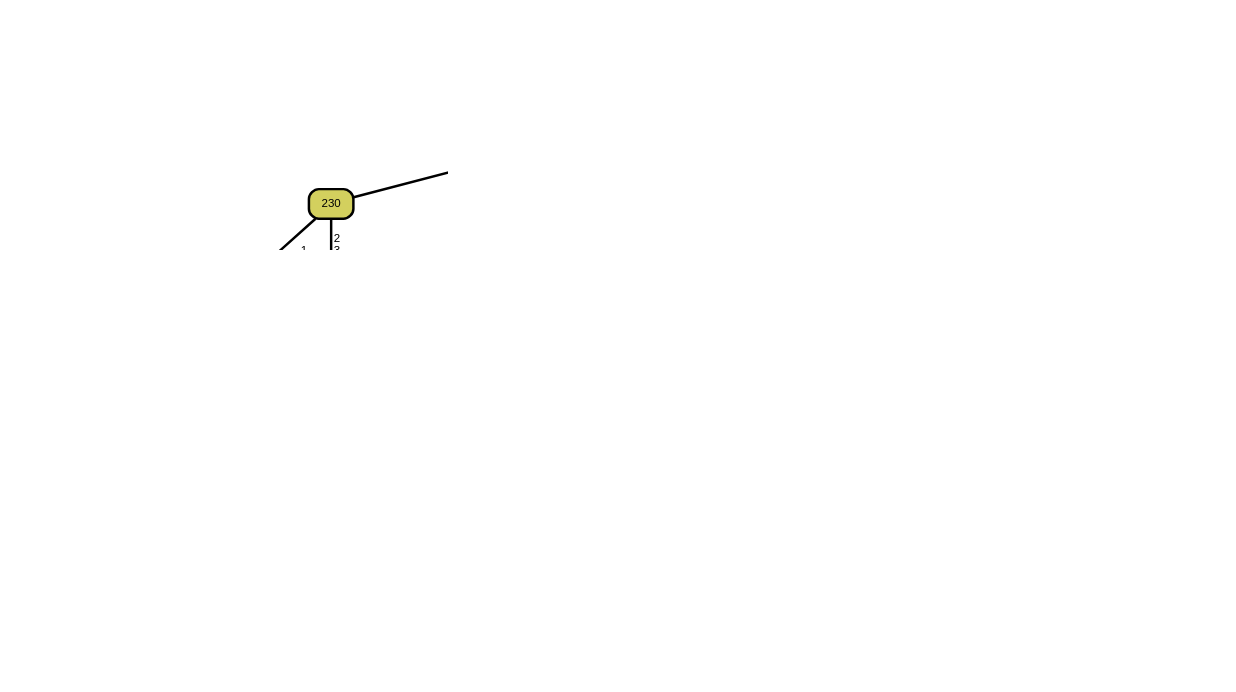
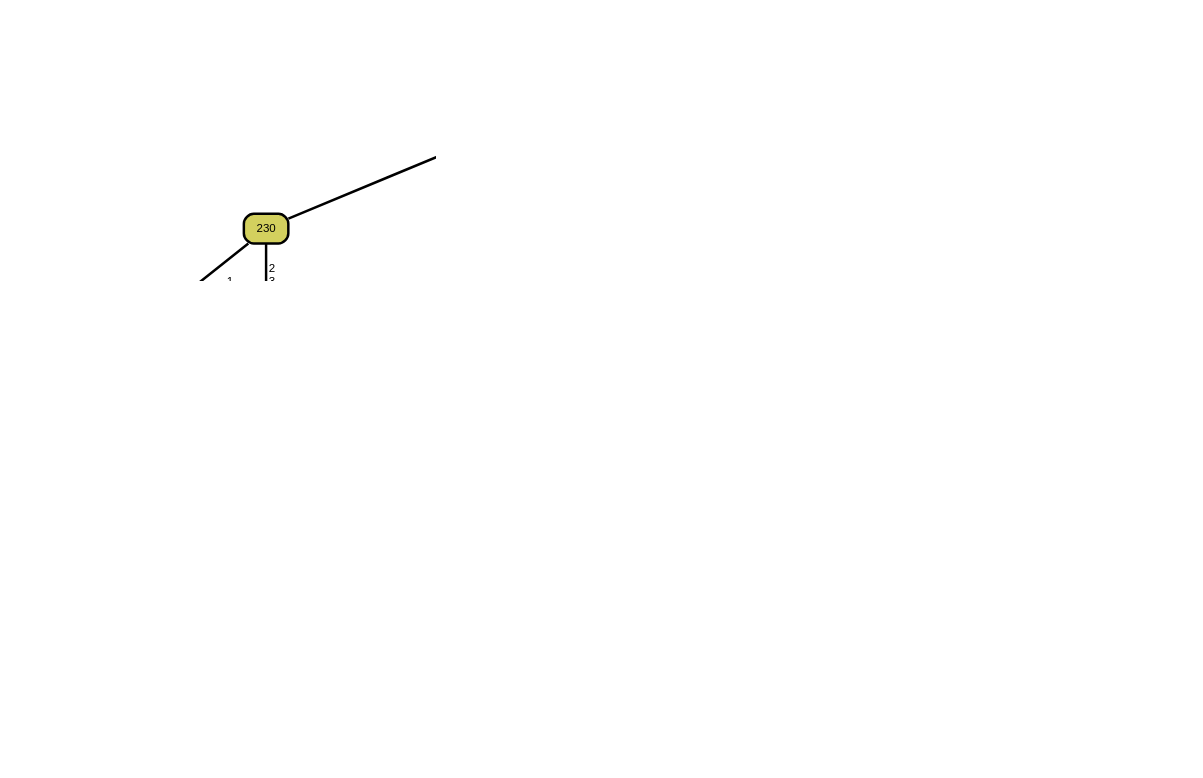
The diagram in qanalysis/cjust/229.dot (zeroknowledgediscovery/zcad), drawn with Graphviz before and after one commit. The commit also changed 287 other files, not shown here.

```diff
--- a/qanalysis/cjust/229.dot
+++ b/qanalysis/cjust/229.dot
@@ -1,158 +1,128 @@
 graph Tree {
 node [shape=box, style="filled, rounded",color="black",penwidth="3",fontcolor="black",                 fontname=helvetica] ;
 graph [ranksep="0 equally", splines=straight,                 bgcolor=transparent, dpi=200] ;
 edge [fontname=helvetica, color=black] ;
 0 [label="1
 Prob: 1.0
-Frac: 0.011", fillcolor="#ffc155"] ;
-1 [label="251", fillcolor="#ebc45f"] ;
+Frac: 0.018", fillcolor="#ffc155"] ;
+1 [label="240", fillcolor="#ebc45f"] ;
 2 [label="1
-Prob: 0.778
-Frac: 0.011", fillcolor="#eebb67"] ;
-3 [label="52", fillcolor="#f5be5f"] ;
+Prob: 0.706
+Frac: 0.021", fillcolor="#dac869"] ;
+3 [label="230", fillcolor="#d3d05e"] ;
 4 [label="1
 Prob: 1.0
 Frac: 0.009", fillcolor="#ffc155"] ;
-5 [label="225", fillcolor="#e4c663"] ;
+5 [label="228", fillcolor="#b3df5c"] ;
 6 [label="1
-Prob: 0.571
-Frac: 0.009", fillcolor="#bcd86d"] ;
-7 [label="230", fillcolor="#d3d05e"] ;
-8 [label="1
+Prob: 0.8
+Frac: 0.006", fillcolor="#ddc977"] ;
+7 [label="11", fillcolor="#94eb5f"] ;
+8 [label="2
+Prob: 0.75
+Frac: 0.005", fillcolor="#8fef55"] ;
+9 [label="45", fillcolor="#76f955"] ;
+10 [label="2
 Prob: 1.0
-Frac: 0.009", fillcolor="#ffc155"] ;
-9 [label="228", fillcolor="#b3df5c"] ;
-10 [label="1
+Frac: 0.01", fillcolor="#6aff55"] ;
+11 [label="226", fillcolor="#fbc256"] ;
+12 [label="1
+Prob: 0.882
+Frac: 0.021", fillcolor="#edc855"] ;
+13 [label="225", fillcolor="#fec155"] ;
+14 [label="1
+Prob: 1.0
+Frac: 0.81", fillcolor="#ffc155"] ;
+15 [label="231", fillcolor="#fec155"] ;
+16 [label="1
+Prob: 0.8
+Frac: 0.006", fillcolor="#ddc977"] ;
+17 [label="30", fillcolor="#f0bb71"] ;
+18 [label="1
+Prob: 0.857
+Frac: 0.009", fillcolor="#ffb16d"] ;
+19 [label="223", fillcolor="#f4c358"] ;
+20 [label="2
+Prob: 0.667
+Frac: 0.004", fillcolor="#9bc68d"] ;
+21 [label="44", fillcolor="#cfce5d"] ;
+22 [label="1
+Prob: 0.75
+Frac: 0.02", fillcolor="#d9d055"] ;
+23 [label="46", fillcolor="#c5d265"] ;
+24 [label="2
+Prob: 0.5
+Frac: 0.002", fillcolor="#5ff5aa"] ;
+25 [label="44", fillcolor="#a9df6b"] ;
+26 [label="3
+Prob: 0.8
+Frac: 0.006", fillcolor="#59efdd"] ;
+27 [label="62", fillcolor="#9be66e"] ;
+28 [label="1
 Prob: 1.0
 Frac: 0.005", fillcolor="#ffc155"] ;
-11 [label="28", fillcolor="#c7d855"] ;
-12 [label="2
+29 [label="63", fillcolor="#cbd460"] ;
+30 [label="1
+Prob: 0.8
+Frac: 0.006", fillcolor="#ddc977"] ;
+31 [label="63", fillcolor="#b9db64"] ;
+32 [label="2
+Prob: 0.667
+Frac: 0.007", fillcolor="#9bea55"] ;
+33 [label="40", fillcolor="#a4e55e"] ;
+34 [label="1
+Prob: 1.0
+Frac: 0.004", fillcolor="#ffc155"] ;
+35 [label="227", fillcolor="#86f15d"] ;
+36 [label="2
+Prob: 0.923
+Frac: 0.016", fillcolor="#68fd62"] ;
+37 [label="52", fillcolor="#71fa5f"] ;
+38 [label="2
 Prob: 0.75
 Frac: 0.005", fillcolor="#8fef55"] ;
-13 [label="38", fillcolor="#94eb5f"] ;
-14 [label="2
-Prob: 1.0
-Frac: 0.002", fillcolor="#6aff55"] ;
-15 [label="60", fillcolor="#67fc6d"] ;
-16 [label="2
-Prob: 0.8
-Frac: 0.006", fillcolor="#65fb77"] ;
-17 [label="54", fillcolor="#67fc67"] ;
-18 [label="2
-Prob: 1.0
-Frac: 0.002", fillcolor="#6aff55"] ;
-19 [label="226", fillcolor="#fbc256"] ;
-20 [label="1
-Prob: 1.0
-Frac: 0.803", fillcolor="#ffc155"] ;
-21 [label="227", fillcolor="#fec155"] ;
-22 [label="1
-Prob: 1.0
-Frac: 0.006", fillcolor="#ffc155"] ;
-23 [label="27", fillcolor="#e9c955"] ;
-24 [label="1
-Prob: 0.5
-Frac: 0.002", fillcolor="#b4e055"] ;
-25 [label="28", fillcolor="#f1c655"] ;
-26 [label="1
-Prob: 1.0
-Frac: 0.004", fillcolor="#ffc155"] ;
-27 [label="224", fillcolor="#e9c955"] ;
-28 [label="1
-Prob: 0.75
-Frac: 0.005", fillcolor="#d9d055"] ;
-29 [label="20", fillcolor="#f5c555"] ;
-30 [label="1
-Prob: 1.0
-Frac: 0.01", fillcolor="#ffc155"] ;
-31 [label="231", fillcolor="#fec155"] ;
-32 [label="1
-Prob: 0.8
-Frac: 0.006", fillcolor="#ddc977"] ;
-33 [label="30", fillcolor="#f0bb71"] ;
-34 [label="1
-Prob: 0.857
-Frac: 0.009", fillcolor="#ffb16d"] ;
-35 [label="223", fillcolor="#f4c358"] ;
-36 [label="2
-Prob: 1.0
-Frac: 0.002", fillcolor="#6aff55"] ;
-37 [label="54", fillcolor="#e3cc55"] ;
-38 [label="1
-Prob: 1.0
-Frac: 0.011", fillcolor="#ffc155"] ;
-39 [label="54", fillcolor="#cdd555"] ;
-40 [label="2
-Prob: 0.75
-Frac: 0.005", fillcolor="#8fef55"] ;
-41 [label="56", fillcolor="#c6d269"] ;
-42 [label="1
-Prob: 1.0
-Frac: 0.002", fillcolor="#ffc155"] ;
-43 [label="28", fillcolor="#efbb73"] ;
-44 [label="1
-Prob: 0.778
-Frac: 0.011", fillcolor="#ecb97a"] ;
-45 [label="40", fillcolor="#c1cf7a"] ;
-46 [label="2
-Prob: 0.571
-Frac: 0.009", fillcolor="#79f085"] ;
-47 [label="60", fillcolor="#afd674"] ;
-48 [label="2
-Prob: 0.583
-Frac: 0.029", fillcolor="#84e97f"] ;
-49 [label="58", fillcolor="#9bda7e"] ;
-50 [label="1
-Prob: 0.385
-Frac: 0.016", fillcolor="#c5bf7c"] ;
+39 [label="225", fillcolor="#afd674"] ;
+40 [label="4
+Prob: 0.444
+Frac: 0.011", fillcolor="#db9cb3"] ;
 1 -- 0 [label=" 1\n 3\n 4",penwidth=3] ;
-1 -- 5 [label=" 2\n 5",penwidth=3] ;
-3 -- 2 [label=" 2\n 3",penwidth=3] ;
-3 -- 4 [label=" 1\n 4",penwidth=3] ;
-5 -- 3 [label=" 1",penwidth=3] ;
-5 -- 6 [label=" 2\n 3",penwidth=3] ;
-7 -- 1 [label=" 1",penwidth=3] ;
-7 -- 9 [label=" 2\n 3\n 4",penwidth=3] ;
-9 -- 8 [label=" 1",penwidth=3] ;
-9 -- 13 [label=" 2",penwidth=3] ;
-11 -- 10 [label=" 2",penwidth=3] ;
-11 -- 12 [label=" 3\n 4",penwidth=3] ;
-13 -- 11 [label=" 1",penwidth=3] ;
-13 -- 17 [label=" 2",penwidth=3] ;
-15 -- 14 [label=" 3",penwidth=3] ;
-15 -- 16 [label=" 2\n 4",penwidth=3] ;
-17 -- 15 [label=" 2\n 4",penwidth=3] ;
-17 -- 18 [label=" 3\n 5",penwidth=3] ;
-19 -- 7 [label=" 2\n 3",penwidth=3] ;
-19 -- 31 [label=" 1\n 4",penwidth=3] ;
-21 -- 20 [label=" 1\n 3",penwidth=3] ;
-21 -- 25 [label=" 2\n 4",penwidth=3] ;
-23 -- 22 [label=" 2",penwidth=3] ;
+1 -- 2 [label=" 2\n 5",penwidth=3] ;
+3 -- 1 [label=" 1",penwidth=3] ;
+3 -- 5 [label=" 2\n 3\n 4",penwidth=3] ;
+5 -- 4 [label=" 1",penwidth=3] ;
+5 -- 7 [label=" 2",penwidth=3] ;
+7 -- 6 [label=" 1",penwidth=3] ;
+7 -- 9 [label=" 2",penwidth=3] ;
+9 -- 8 [label=" 1\n 3",penwidth=3] ;
+9 -- 10 [label=" 2\n 4",penwidth=3] ;
+11 -- 3 [label=" 2\n 3",penwidth=3] ;
+11 -- 15 [label=" 1\n 4",penwidth=3] ;
+13 -- 12 [label=" 2\n 3",penwidth=3] ;
+13 -- 14 [label=" 1\n 4",penwidth=3] ;
+15 -- 13 [label=" 1\n 2",penwidth=3] ;
+15 -- 17 [label=" 3\n 4",penwidth=3] ;
+17 -- 16 [label=" 2\n 3",penwidth=3] ;
+17 -- 18 [label=" 4",penwidth=3] ;
+19 -- 11 [label=" 1",penwidth=3] ;
+19 -- 39 [label=" 2\n 3\n 4",penwidth=3] ;
+21 -- 20 [label=" 1",penwidth=3] ;
+21 -- 22 [label=" 2",penwidth=3] ;
+23 -- 21 [label=" 1\n 2",penwidth=3] ;
 23 -- 24 [label=" 3\n 4",penwidth=3] ;
-25 -- 23 [label=" 2\n 3",penwidth=3] ;
-25 -- 29 [label=" 1\n 4",penwidth=3] ;
-27 -- 26 [label=" 1",penwidth=3] ;
-27 -- 28 [label=" 2\n 4",penwidth=3] ;
-29 -- 27 [label=" 2\n 3",penwidth=3] ;
-29 -- 30 [label=" 1\n 4",penwidth=3] ;
-31 -- 21 [label=" 1\n 2",penwidth=3] ;
-31 -- 33 [label=" 3\n 4",penwidth=3] ;
-33 -- 32 [label=" 2\n 3",penwidth=3] ;
-33 -- 34 [label=" 4",penwidth=3] ;
-35 -- 19 [label=" 1",penwidth=3] ;
-35 -- 47 [label=" 2\n 3\n 4",penwidth=3] ;
-37 -- 36 [label=" 1",penwidth=3] ;
-37 -- 38 [label=" 2",penwidth=3] ;
-39 -- 37 [label=" 1\n 2",penwidth=3] ;
-39 -- 40 [label=" 3\n 4\n 5",penwidth=3] ;
-41 -- 39 [label=" 1\n 2",penwidth=3] ;
-41 -- 45 [label=" 3\n 4\n 5",penwidth=3] ;
-43 -- 42 [label=" 1",penwidth=3] ;
-43 -- 44 [label=" 2\n 3",penwidth=3] ;
-45 -- 43 [label=" 1",penwidth=3] ;
-45 -- 46 [label=" 2",penwidth=3] ;
-47 -- 41 [label=" 1\n 2",penwidth=3] ;
-47 -- 49 [label=" 3\n 4\n 5",penwidth=3] ;
-49 -- 48 [label=" 2\n 3",penwidth=3] ;
-49 -- 50 [label=" 1\n 4\n 5",penwidth=3] ;
+25 -- 23 [label=" 1\n 2",penwidth=3] ;
+25 -- 27 [label=" 3\n 4\n 5",penwidth=3] ;
+27 -- 26 [label=" 3",penwidth=3] ;
+27 -- 33 [label=" 1\n 2\n 4\n 5",penwidth=3] ;
+29 -- 28 [label=" 1",penwidth=3] ;
+29 -- 31 [label=" 2\n 3\n 4",penwidth=3] ;
+31 -- 30 [label=" 2\n 3",penwidth=3] ;
+31 -- 32 [label=" 4",penwidth=3] ;
+33 -- 29 [label=" 1",penwidth=3] ;
+33 -- 35 [label=" 2",penwidth=3] ;
+35 -- 34 [label=" 1",penwidth=3] ;
+35 -- 37 [label=" 2\n 3\n 4",penwidth=3] ;
+37 -- 36 [label=" 2\n 3\n 4",penwidth=3] ;
+37 -- 38 [label=" 1\n 5",penwidth=3] ;
+39 -- 25 [label=" 1\n 2\n 3",penwidth=3] ;
+39 -- 40 [label=" 4",penwidth=3] ;
 {rank = same;}}
```
